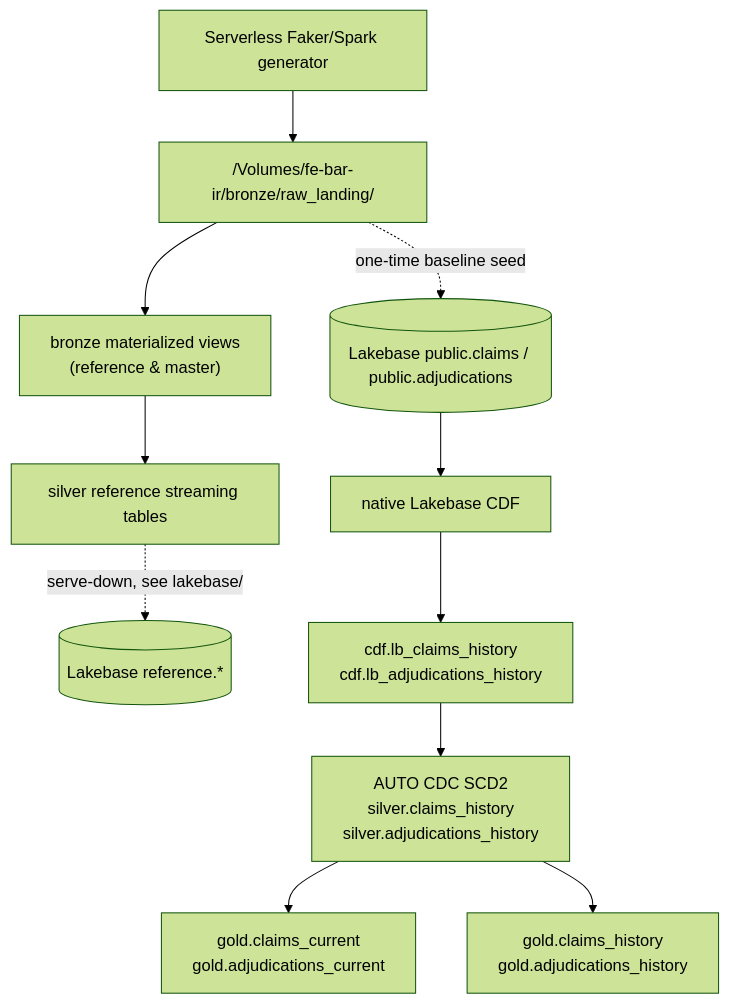
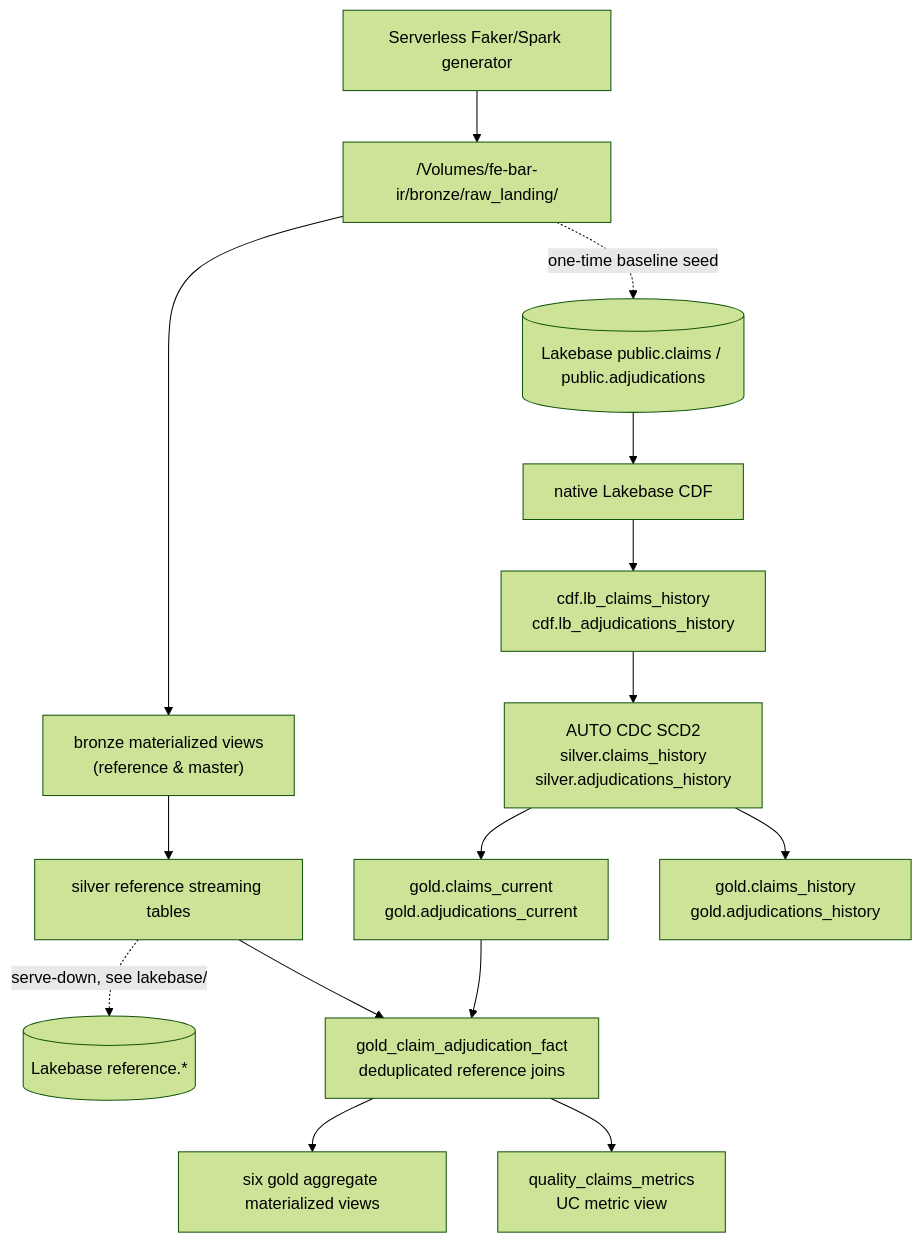
The diagram in pipelines/README.md (Irtebat/claims-adjudication-agent-demo), drawn with Mermaid (forest theme) before and after one commit. The commit also changed other lines of this file and 2 other files, not shown here.

Commit message:
Document gold analytics deployment and evidence

````diff
--- a/pipelines/README.md
+++ b/pipelines/README.md
@@ -50,15 +58,19 @@
 ```mermaid
 flowchart TD
   gen["Serverless Faker/Spark generator"] --> vol["/Volumes/fe-bar-ir/bronze/raw_landing/"]
 
   vol --> bronze["bronze materialized views<br/>(reference & master)"]
   bronze --> silverref["silver reference streaming tables"]
   silverref -. "serve-down, see lakebase/" .-> lbref[("Lakebase reference.*")]
 
   vol -. "one-time baseline seed" .-> lboltp[("Lakebase public.claims / public.adjudications")]
   lboltp --> cdf["native Lakebase CDF"]
   cdf --> land["cdf.lb_claims_history<br/>cdf.lb_adjudications_history"]
   land --> scd["AUTO CDC SCD2<br/>silver.claims_history<br/>silver.adjudications_history"]
   scd --> gcur["gold.claims_current<br/>gold.adjudications_current"]
   scd --> ghist["gold.claims_history<br/>gold.adjudications_history"]
+  gcur --> fact["gold_claim_adjudication_fact<br/>deduplicated reference joins"]
+  silverref --> fact
+  fact --> agg["six gold aggregate materialized views"]
+  fact --> metrics["quality_claims_metrics<br/>UC metric view"]
 ```
````
